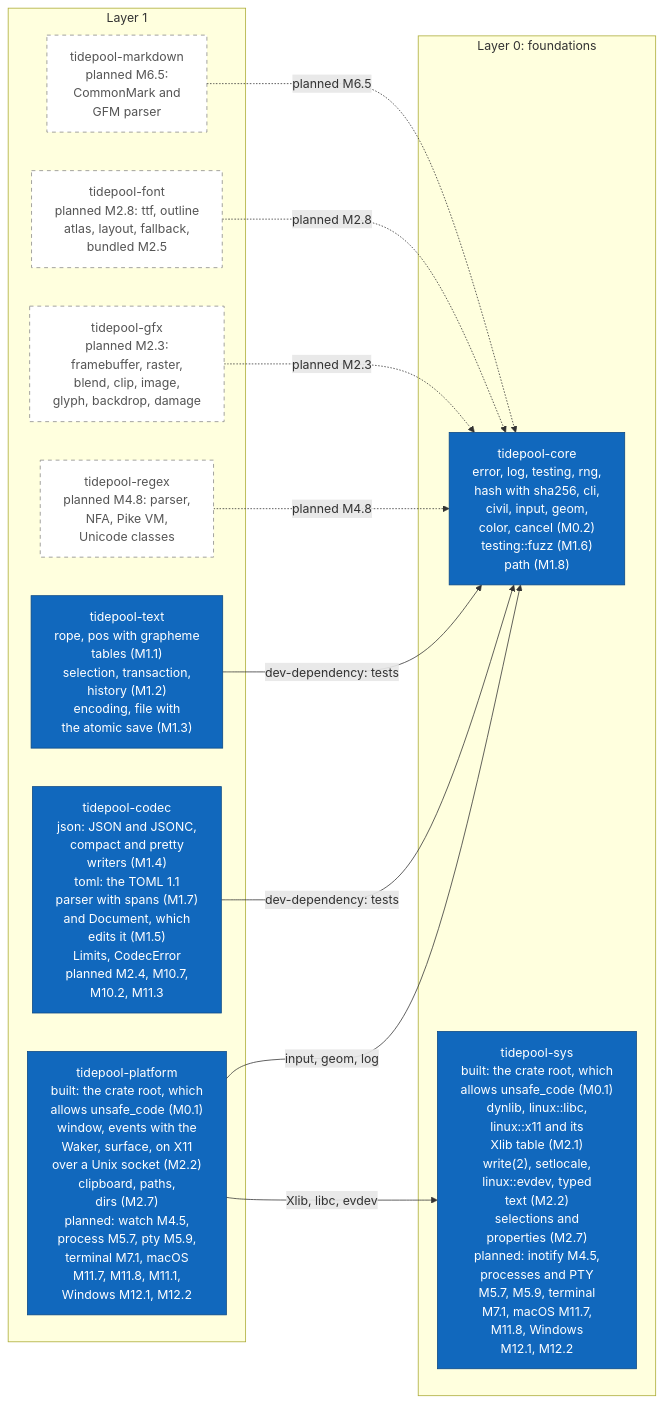
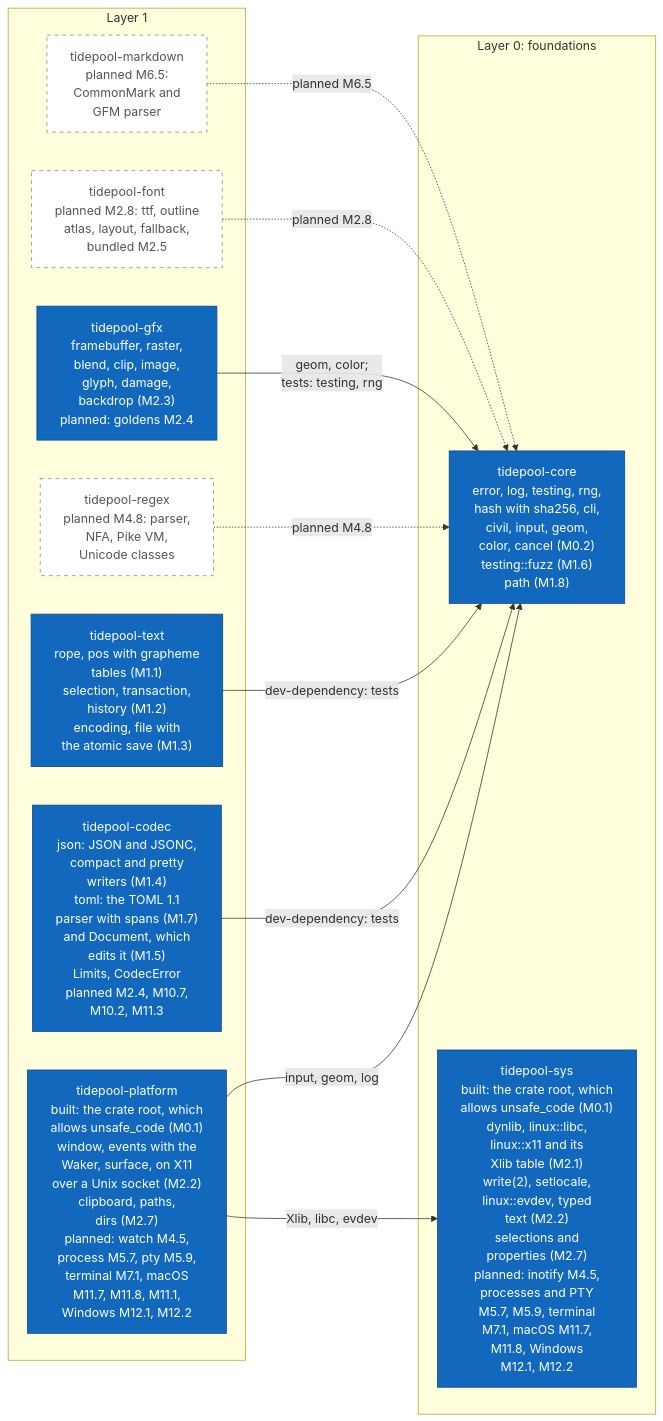
The sixth of 16 diagrams in diagrams/c4-architecture.md (jabbott-iii/Tidepool), drawn with Mermaid before and after one commit. The commit also changed other lines of this file and 28 other files, not shown here.

First line of the commit message:
gfx: rasterizer, blending, clipping, damage, backdrop (M2.3)

````diff
--- a/diagrams/c4-architecture.md
+++ b/diagrams/c4-architecture.md
@@ -292,30 +295,30 @@
 ```mermaid
 flowchart LR
     subgraph L1["Layer 1"]
         k_platform["tidepool-platform<br/>built: the crate root, which<br/>allows unsafe_code (M0.1)<br/>window, events with the<br/>Waker, surface, on X11<br/>over a Unix socket (M2.2)<br/>clipboard, paths,<br/>dirs (M2.7)<br/>planned: watch M4.5,<br/>process M5.7, pty M5.9,<br/>terminal M7.1, macOS<br/>M11.7, M11.8, M11.1,<br/>Windows M12.1, M12.2"]
         k_codec["tidepool-codec<br/>json: JSON and JSONC,<br/>compact and pretty<br/>writers (M1.4)<br/>toml: the TOML 1.1<br/>parser with spans (M1.7)<br/>and Document, which<br/>edits it (M1.5)<br/>Limits, CodecError<br/>planned M2.4, M10.7,<br/>M10.2, M11.3"]
         k_text["tidepool-text<br/>rope, pos with grapheme<br/>tables (M1.1)<br/>selection, transaction,<br/>history (M1.2)<br/>encoding, file with<br/>the atomic save (M1.3)"]
         k_regex["tidepool-regex<br/>planned M4.8: parser,<br/>NFA, Pike VM,<br/>Unicode classes"]
-        k_gfx["tidepool-gfx<br/>planned M2.3:<br/>framebuffer, raster,<br/>blend, clip, image,<br/>glyph, backdrop, damage"]
+        k_gfx["tidepool-gfx<br/>framebuffer, raster,<br/>blend, clip, image,<br/>glyph, damage,<br/>backdrop (M2.3)<br/>planned: goldens M2.4"]
         k_font["tidepool-font<br/>planned M2.8: ttf, outline<br/>atlas, layout, fallback,<br/>bundled M2.5"]
         k_markdown["tidepool-markdown<br/>planned M6.5:<br/>CommonMark and<br/>GFM parser"]
     end
     subgraph L0["Layer 0: foundations"]
         k_core["tidepool-core<br/>error, log, testing, rng,<br/>hash with sha256, cli,<br/>civil, input, geom,<br/>color, cancel (M0.2)<br/>testing::fuzz (M1.6)<br/>path (M1.8)"]
         k_sys["tidepool-sys<br/>built: the crate root, which<br/>allows unsafe_code (M0.1)<br/>dynlib, linux::libc,<br/>linux::x11 and its<br/>Xlib table (M2.1)<br/>write(2), setlocale,<br/>linux::evdev, typed<br/>text (M2.2)<br/>selections and<br/>properties (M2.7)<br/>planned: inotify M4.5,<br/>processes and PTY<br/>M5.7, M5.9, terminal<br/>M7.1, macOS M11.7,<br/>M11.8, Windows<br/>M12.1, M12.2"]
     end
 
     k_platform -->|"input, geom, log"| k_core
     k_platform -->|"Xlib, libc, evdev"| k_sys
     k_codec -->|"dev-dependency: tests"| k_core
     k_text -->|"dev-dependency: tests"| k_core
     k_regex -.->|"planned M4.8"| k_core
-    k_gfx -.->|"planned M2.3"| k_core
+    k_gfx -->|"geom, color;<br/>tests: testing, rng"| k_core
     k_font -.->|"planned M2.8"| k_core
     k_markdown -.->|"planned M6.5"| k_core
 
     classDef built fill:#1168bd,stroke:#0b4884,color:#ffffff
     classDef planned fill:#ffffff,stroke:#888888,stroke-dasharray: 5 5,color:#555555
-    class k_platform,k_codec,k_text,k_core,k_sys built
-    class k_regex,k_gfx,k_font,k_markdown planned
+    class k_platform,k_codec,k_text,k_gfx,k_core,k_sys built
+    class k_regex,k_font,k_markdown planned
 ```
````
